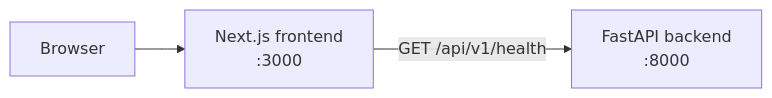
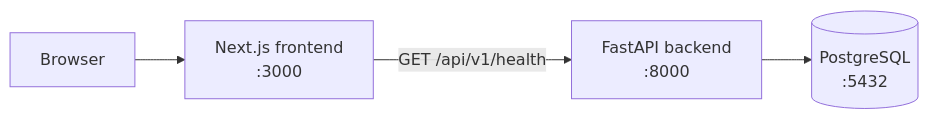
Before and after one commit to rajtilakjee/faststack: the first of 4 diagrams in ARCHITECTURE.md, drawn with Mermaid. The commit also changed other lines of this file and 1 other file, not shown here.

First line of the commit message:
docs: document phase 2 database setup and architecture

````diff
--- a/ARCHITECTURE.md
+++ b/ARCHITECTURE.md
@@ -7,8 +7,10 @@
 ```mermaid
 flowchart LR
   Browser["Browser"]
   Next["Next.js frontend\n:3000"]
   API["FastAPI backend\n:8000"]
+  DB[(PostgreSQL\n:5432)]
   Browser --> Next
   Next -->|"GET /api/v1/health"| API
+  API --> DB
 ```
````
